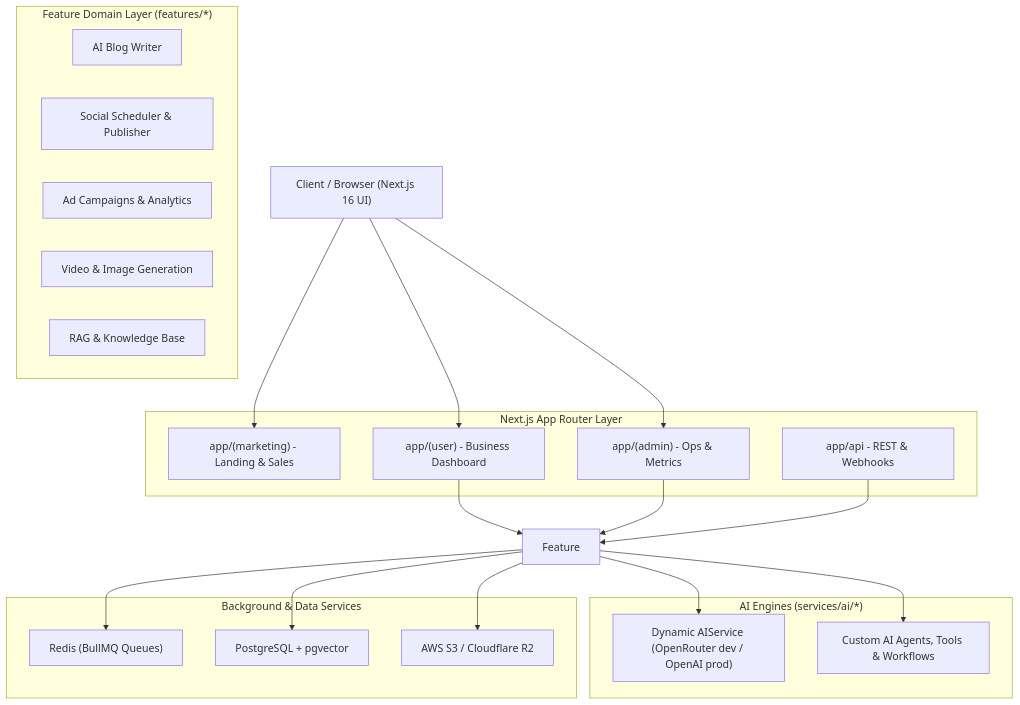
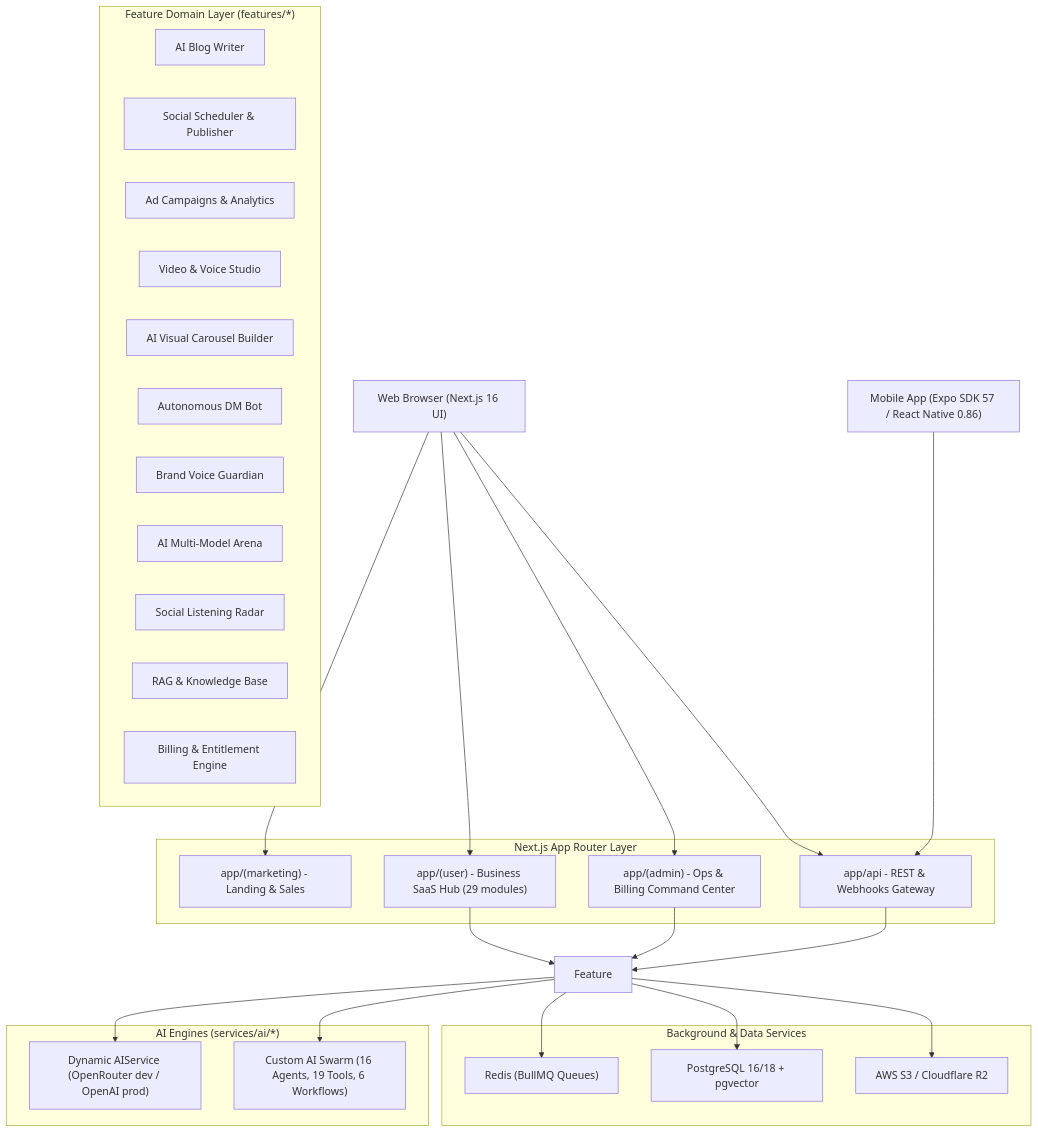
Before and after one commit to taha123618/AI-Social-Media-Automation: the diagram in .agents/skills/architecture-and-system-design/SKILL.md, drawn with Mermaid. The commit also changed other lines of this file and 20 other files, not shown here.

Commit message:
feat: add mobile app development documentation and update frontend component capability descriptions

````diff
--- a/.agents/skills/architecture-and-system-design/SKILL.md
+++ b/.agents/skills/architecture-and-system-design/SKILL.md
@@ -14,44 +14,53 @@
 ```mermaid
 graph TD
-    Client["Client / Browser (Next.js 16 UI)"]
+    WebClient["Web Browser (Next.js 16 UI)"]
+    MobileClient["Mobile App (Expo SDK 57 / React Native 0.86)"]
     
     subgraph "Next.js App Router Layer"
         Marketing["app/(marketing) - Landing & Sales"]
-        UserApp["app/(user) - Business Dashboard"]
-        AdminApp["app/(admin) - Ops & Metrics"]
-        API["app/api - REST & Webhooks"]
+        UserApp["app/(user) - Business SaaS Hub (29 modules)"]
+        AdminApp["app/(admin) - Ops & Billing Command Center"]
+        API["app/api - REST & Webhooks Gateway"]
     end
     
     subgraph "Feature Domain Layer (features/*)"
         Blog["AI Blog Writer"]
         Social["Social Scheduler & Publisher"]
         Ads["Ad Campaigns & Analytics"]
-        Video["Video & Image Generation"]
+        Video["Video & Voice Studio"]
+        Carousel["AI Visual Carousel Builder"]
+        DM["Autonomous DM Bot"]
+        Guardian["Brand Voice Guardian"]
+        Arena["AI Multi-Model Arena"]
+        Listening["Social Listening Radar"]
         Knowledge["RAG & Knowledge Base"]
+        Billing["Billing & Entitlement Engine"]
     end
     
     subgraph "AI Engines (services/ai/*)"
         DirectAI["Dynamic AIService (OpenRouter dev / OpenAI prod)"]
-        CustomEngine["Custom AI Agents, Tools & Workflows"]
+        CustomEngine["Custom AI Swarm (16 Agents, 19 Tools, 6 Workflows)"]
     end
     
     subgraph "Background & Data Services"
         Redis["Redis (BullMQ Queues)"]
-        Postgres["PostgreSQL + pgvector"]
+        Postgres["PostgreSQL 16/18 + pgvector"]
         S3["AWS S3 / Cloudflare R2"]
     end
     
-    Client --> Marketing
-    Client --> UserApp
-    Client --> AdminApp
+    WebClient --> Marketing
+    WebClient --> UserApp
+    WebClient --> AdminApp
+    MobileClient --> API
+    WebClient --> API
     
     UserApp --> Feature
     AdminApp --> Feature
     API --> Feature
     
     Feature --> DirectAI
     Feature --> CustomEngine
     Feature --> Redis
     Feature --> Postgres
     Feature --> S3
 ```
````
